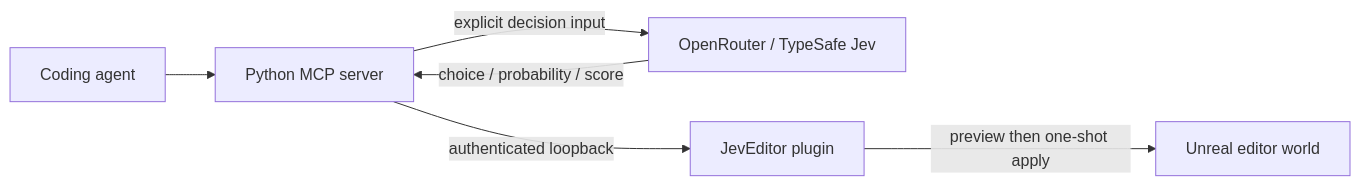
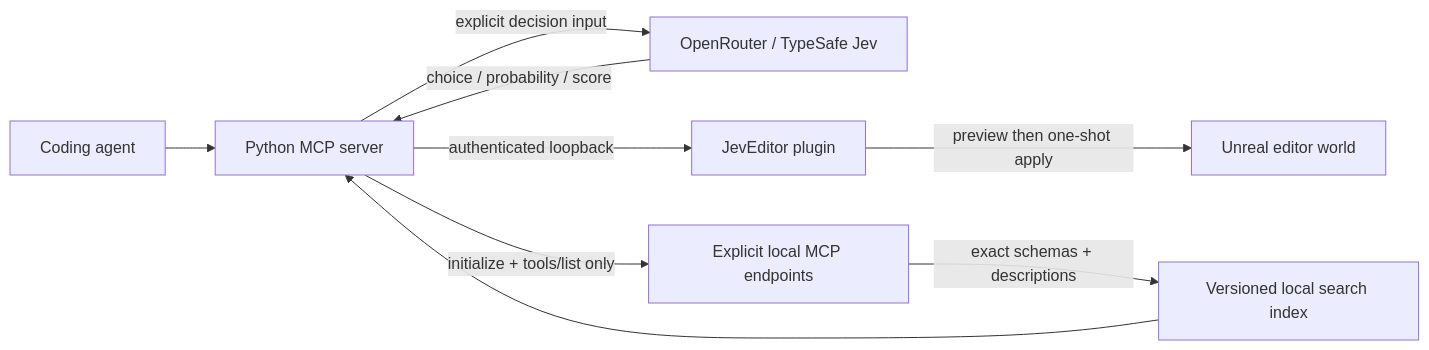
Before and after one commit to FahadArfin/Jev_Unreal: the diagram in docs/ARCHITECTURE.md, drawn with Mermaid. The commit also changed other lines of this file and 49 other files, not shown here.

````diff
--- a/docs/ARCHITECTURE.md
+++ b/docs/ARCHITECTURE.md
@@ -5,8 +5,11 @@
 ```mermaid
 flowchart LR
     Agent[Coding agent] --> MCP[Python MCP server]
     MCP -->|explicit decision input| Jev[OpenRouter / TypeSafe Jev]
     Jev -->|choice / probability / score| MCP
     MCP -->|authenticated loopback| Editor[JevEditor plugin]
     Editor -->|preview then one-shot apply| World[Unreal editor world]
+    MCP -->|initialize + tools/list only| Catalog[Explicit local MCP endpoints]
+    Catalog -->|exact schemas + descriptions| Index[Versioned local search index]
+    Index --> MCP
 ```
````
